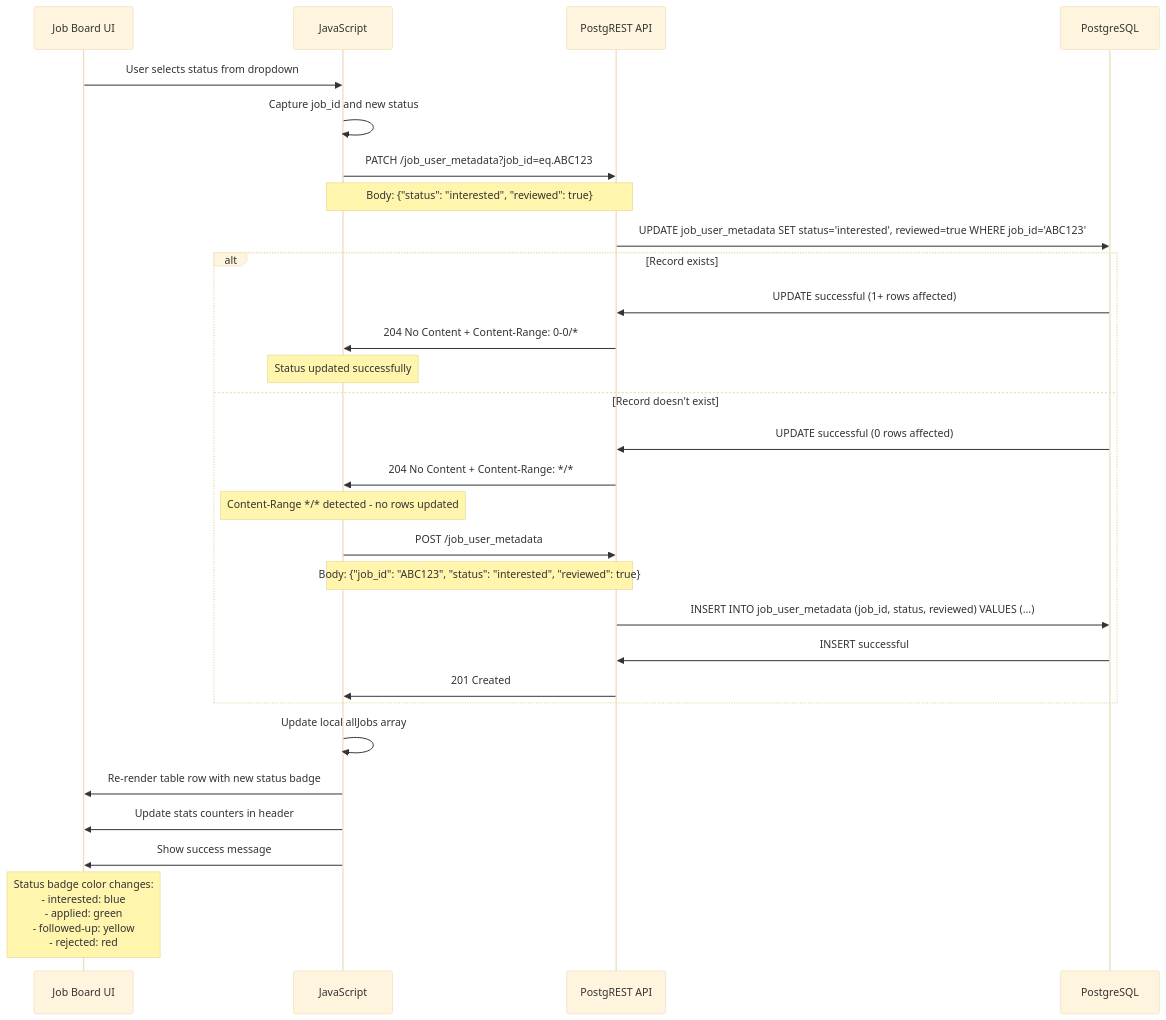
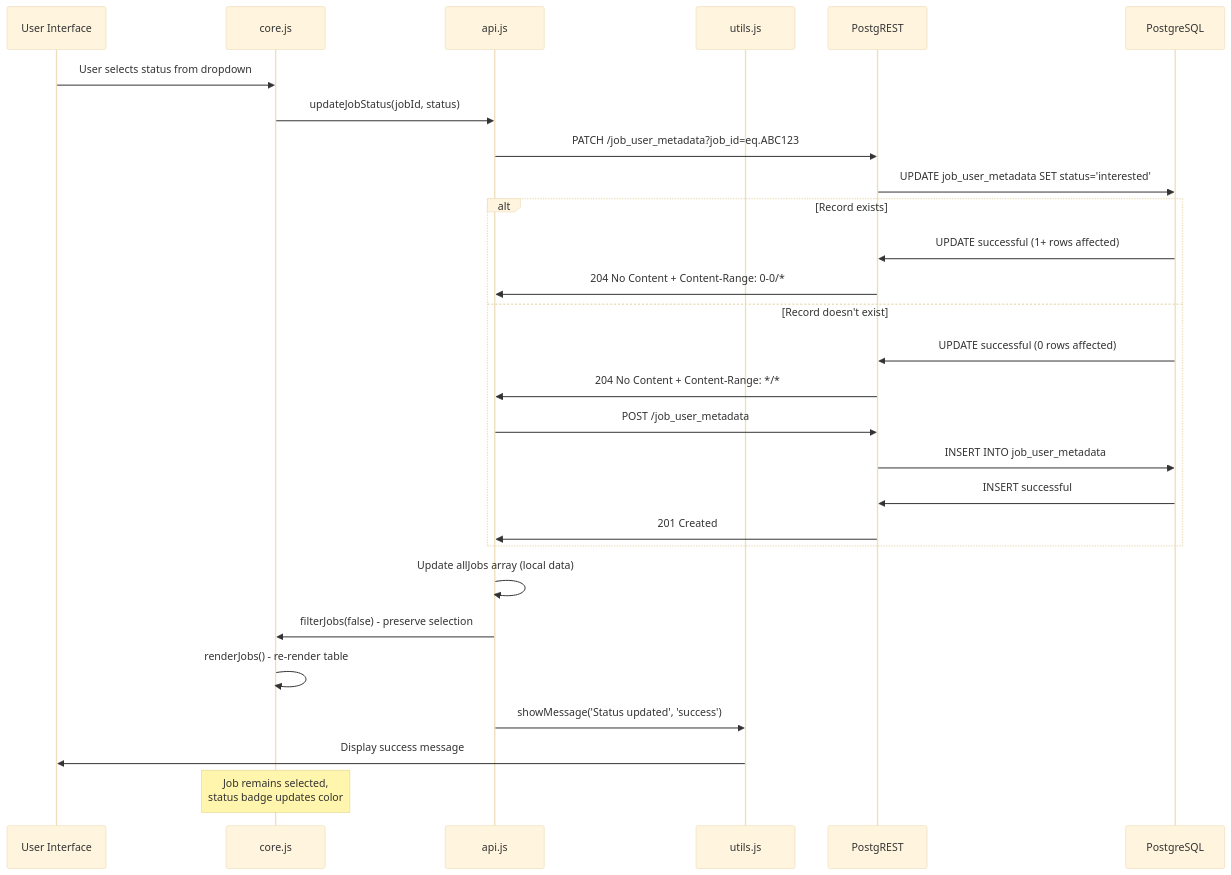
One commit to zenseeker0/jobscraps_frontend changed the third of 3 diagrams in jobscraps_frontend_README.md. Above: the diagram before and after it, drawn with Mermaid (base theme). The commit also changed other lines of this file and 7 other files, not shown here.

First line of the commit message:
refactor frontend:extract monolithic index.html into modular architectur

````diff
--- a/jobscraps_frontend_README.md
+++ b/jobscraps_frontend_README.md
@@ -321,38 +466,36 @@
 ```mermaid
 sequenceDiagram
-    participant UI as Job Board UI
-    participant JS as JavaScript
-    participant API as PostgREST API
+    participant UI as User Interface
+    participant CORE as core.js
+    participant API as api.js
+    participant UTILS as utils.js
+    participant REST as PostgREST
     participant DB as PostgreSQL
     
-    UI->>JS: User selects status from dropdown
-    JS->>JS: Capture job_id and new status
+    UI->>CORE: User selects status from dropdown
+    CORE->>API: updateJobStatus(jobId, status)
     
-    JS->>API: PATCH /job_user_metadata?job_id=eq.ABC123
-    Note over JS,API: Body: {"status": "interested", "reviewed": true}
-    
-    API->>DB: UPDATE job_user_metadata SET status='interested', reviewed=true WHERE job_id='ABC123'
+    API->>REST: PATCH /job_user_metadata?job_id=eq.ABC123
+    REST->>DB: UPDATE job_user_metadata SET status='interested'
     
     alt Record exists
-        DB->>API: UPDATE successful (1+ rows affected)
-        API->>JS: 204 No Content + Content-Range: 0-0/*
-        Note over JS: Status updated successfully
+        DB->>REST: UPDATE successful (1+ rows affected)
+        REST->>API: 204 No Content + Content-Range: 0-0/*
     else Record doesn't exist  
-        DB->>API: UPDATE successful (0 rows affected)
-        API->>JS: 204 No Content + Content-Range: */*
-        Note over JS: Content-Range */* detected - no rows updated
+        DB->>REST: UPDATE successful (0 rows affected)
+        REST->>API: 204 No Content + Content-Range: */*
         
-        JS->>API: POST /job_user_metadata
-        Note over JS,API: Body: {"job_id": "ABC123", "status": "interested", "reviewed": true}
-        API->>DB: INSERT INTO job_user_metadata (job_id, status, reviewed) VALUES (...)
-        DB->>API: INSERT successful
-        API->>JS: 201 Created
+        API->>REST: POST /job_user_metadata
+        REST->>DB: INSERT INTO job_user_metadata
+        DB->>REST: INSERT successful
+        REST->>API: 201 Created
     end
     
-    JS->>JS: Update local allJobs array
-    JS->>UI: Re-render table row with new status badge
-    JS->>UI: Update stats counters in header
-    JS->>UI: Show success message
+    API->>API: Update allJobs array (local data)
+    API->>CORE: filterJobs(false) - preserve selection
+    CORE->>CORE: renderJobs() - re-render table
+    API->>UTILS: showMessage('Status updated', 'success')
+    UTILS->>UI: Display success message
     
-    Note over UI: Status badge color changes:<br/>- interested: blue<br/>- applied: green<br/>- followed-up: yellow<br/>- rejected: red
+    Note over CORE: Job remains selected,<br/>status badge updates color
 ```
````
